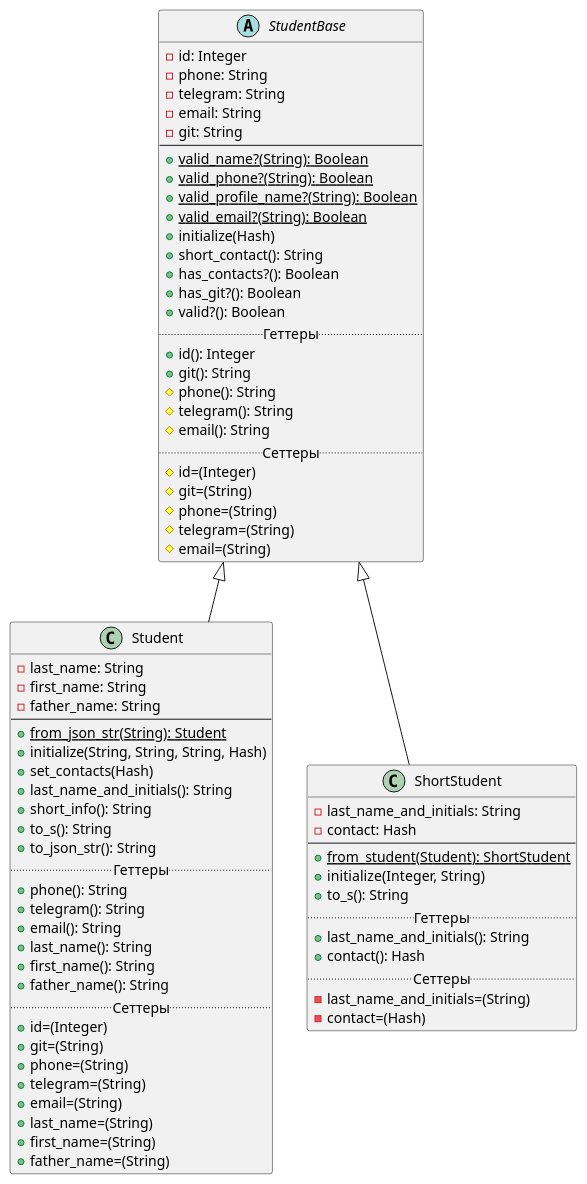
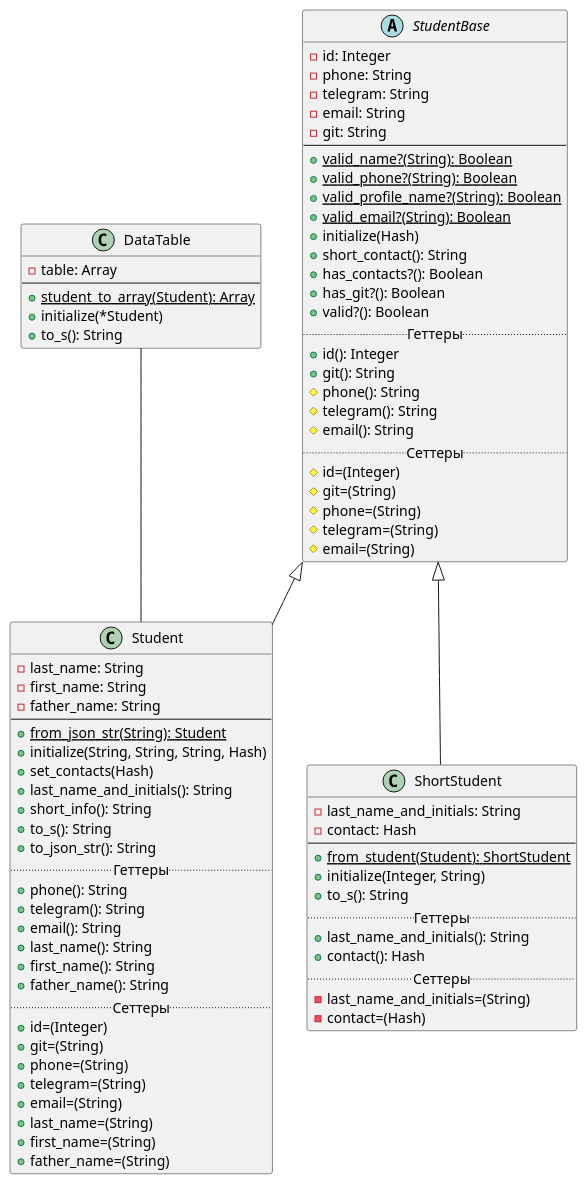
One commit to r1411/PatternsLabs changed the diagram in Diagrams/lab2.puml. Above: the diagram before and after it, drawn with PlantUML. The commit also changed 3 other files, not shown here.

Commit message:
Класс DataTable (Лаб 2, Задание 3.1)

```diff
--- a/Diagrams/lab2.puml
+++ b/Diagrams/lab2.puml
@@ -1,79 +1,89 @@
 @startuml
 'https://plantuml.com/class-diagram
+
+DataTable -- Student
 
 abstract class StudentBase {
     -id: Integer
     -phone: String
     -telegram: String
     -email: String
     -git: String
     --
     +{static}valid_name?(String): Boolean
     +{static}valid_phone?(String): Boolean
     +{static}valid_profile_name?(String): Boolean
     +{static}valid_email?(String): Boolean
     +initialize(Hash)
     +short_contact(): String
     +has_contacts?(): Boolean
     +has_git?(): Boolean
     +valid?(): Boolean
     .. Геттеры ..
     +id(): Integer
     +git(): String
     #phone(): String
     #telegram(): String
     #email(): String
     .. Сеттеры ..
     #id=(Integer)
     #git=(String)
     #phone=(String)
     #telegram=(String)
     #email=(String)
 }
 
 class Student extends StudentBase {
     -last_name: String
     -first_name: String
     -father_name: String
     --
     +{static}from_json_str(String): Student
     +initialize(String, String, String, Hash)
     +set_contacts(Hash)
     +last_name_and_initials(): String
     +short_info(): String
     +to_s(): String
     +to_json_str(): String
     .. Геттеры ..
     +phone(): String
     +telegram(): String
     +email(): String
     +last_name(): String
     +first_name(): String
     +father_name(): String
     .. Сеттеры ..
     +id=(Integer)
     +git=(String)
     +phone=(String)
     +telegram=(String)
     +email=(String)
     +last_name=(String)
     +first_name=(String)
     +father_name=(String)
 }
 
 class ShortStudent extends StudentBase {
     -last_name_and_initials: String
     -contact: Hash
     --
     +{static}from_student(Student): ShortStudent
     +initialize(Integer, String)
     +to_s(): String
     .. Геттеры ..
     +last_name_and_initials(): String
     +contact(): Hash
     .. Сеттеры ..
     -last_name_and_initials=(String)
     -contact=(Hash)
 }
 
+class DataTable {
+    -table: Array
+    --
+    {static}+student_to_array(Student): Array
+    +initialize(*Student)
+    +to_s(): String
+}
+
 @enduml
```
